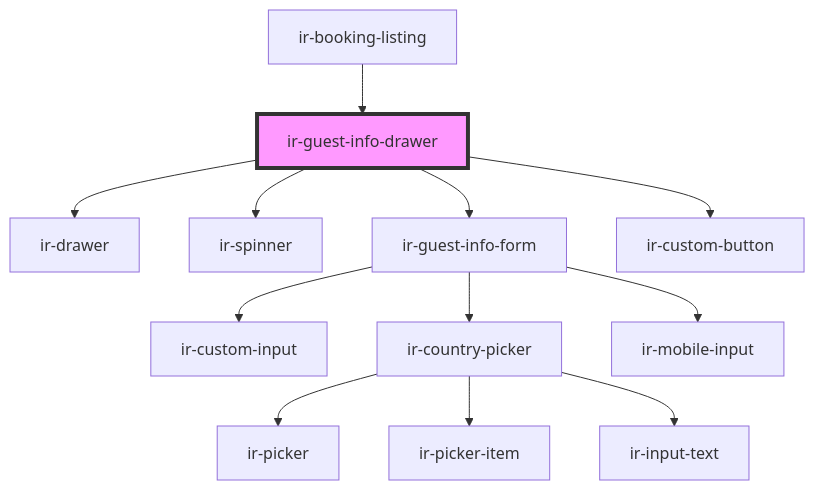
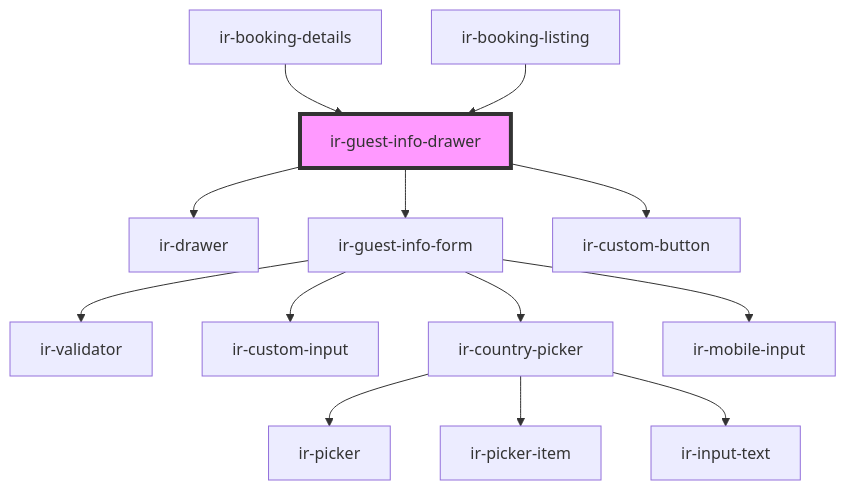
Before and after one commit to David1Chowaifaty/modified-ir-webcmp: the diagram in src/components/ir-guest-info/ir-guest-info-drawer/readme.md, drawn with Mermaid. The commit also changed other lines of this file and 16 other files, not shown here.

````diff
--- a/src/components/ir-guest-info/ir-guest-info-drawer/readme.md
+++ b/src/components/ir-guest-info/ir-guest-info-drawer/readme.md
@@ -42,15 +42,16 @@
 ```mermaid
 graph TD;
   ir-guest-info-drawer --> ir-drawer
-  ir-guest-info-drawer --> ir-spinner
   ir-guest-info-drawer --> ir-guest-info-form
   ir-guest-info-drawer --> ir-custom-button
+  ir-guest-info-form --> ir-validator
   ir-guest-info-form --> ir-custom-input
   ir-guest-info-form --> ir-country-picker
   ir-guest-info-form --> ir-mobile-input
   ir-country-picker --> ir-picker
   ir-country-picker --> ir-picker-item
   ir-country-picker --> ir-input-text
+  ir-booking-details --> ir-guest-info-drawer
   ir-booking-listing --> ir-guest-info-drawer
   style ir-guest-info-drawer fill:#f9f,stroke:#333,stroke-width:4px
 ```
````
